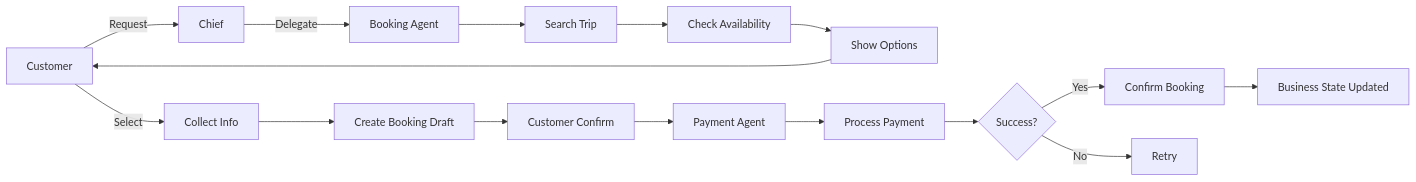
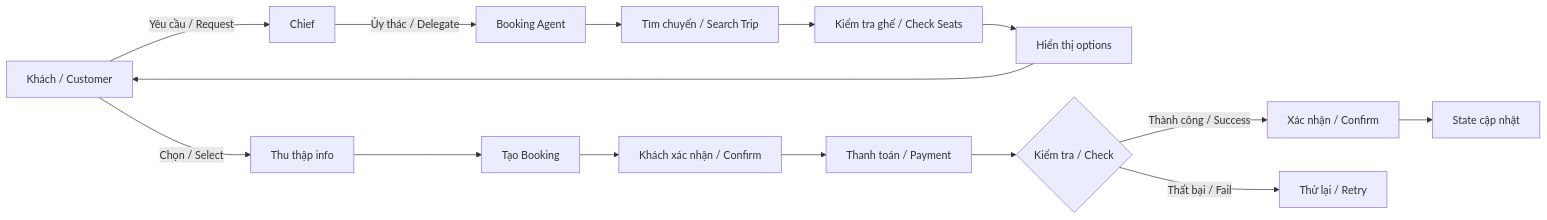
Before and after one commit to Rin171104/AI-Agent-Customer-Service: the second of 3 diagrams in README.md, drawn with Mermaid. The commit also changed other lines of this file and 5 other files, not shown here.

````diff
--- a/README.md
+++ b/README.md
@@ -368,18 +319,17 @@
 ```mermaid
 flowchart LR
-    A[Customer] -->|Request| B[Chief]
-    B -->|Delegate| C[Booking Agent]
-    C --> D[Search Trip]
-    D --> E[Check Availability]
-    E --> F[Show Options]
+    A[Khách / Customer] -->|Yêu cầu / Request| B[Chief]
+    B -->|Ủy thác / Delegate| C[Booking Agent]
+    C --> D[Tìm chuyến / Search Trip]
+    D --> E[Kiểm tra ghế / Check Seats]
+    E --> F[Hiển thị options]
     F --> A
-    A -->|Select| G[Collect Info]
-    G --> H[Create Booking Draft]
-    H --> I[Customer Confirm]
-    I --> J[Payment Agent]
-    J --> K[Process Payment]
-    K --> L{Success?}
-    L -->|Yes| M[Confirm Booking]
-    L -->|No| N[Retry]
-    M --> O[Business State Updated]
+    A -->|Chọn / Select| G[Thu thập info]
+    G --> H[Tạo Booking]
+    H --> I[Khách xác nhận / Confirm]
+    I --> J[Thanh toán / Payment]
+    J --> K{Kiểm tra / Check}
+    K -->|Thành công / Success| L[Xác nhận / Confirm]
+    K -->|Thất bại / Fail| M[Thử lại / Retry]
+    L --> N[State cập nhật]
 ```
````
